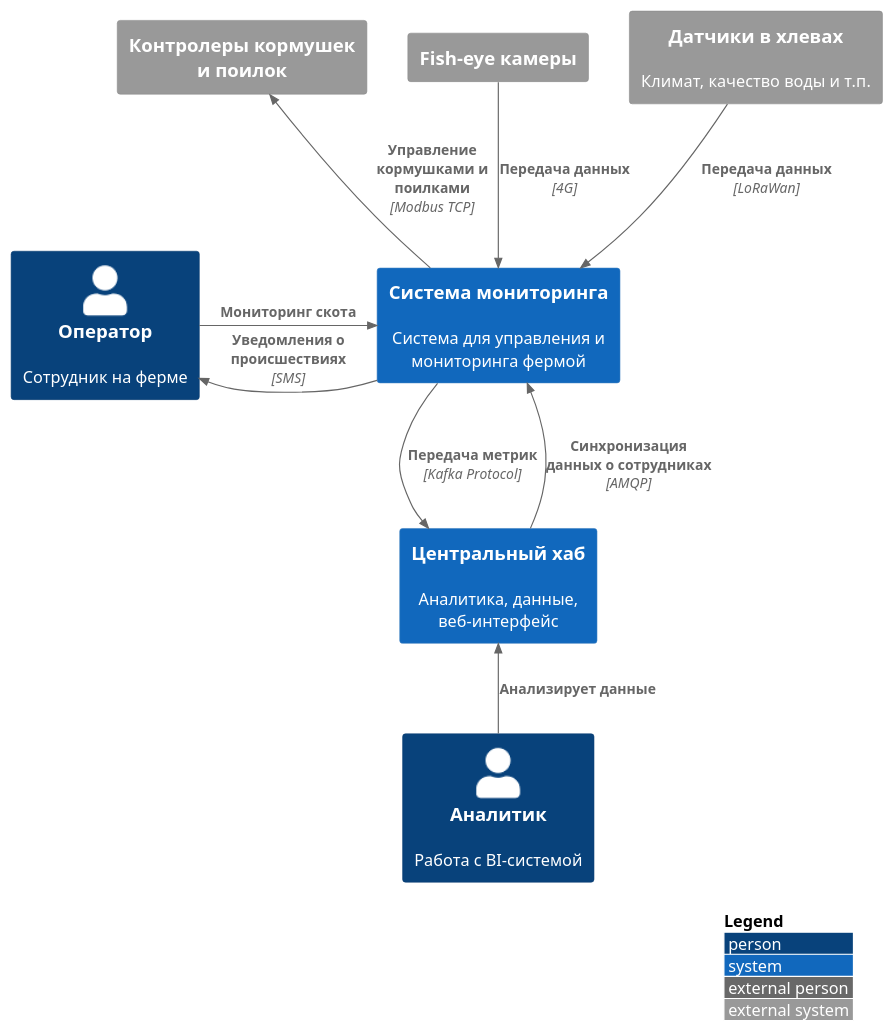
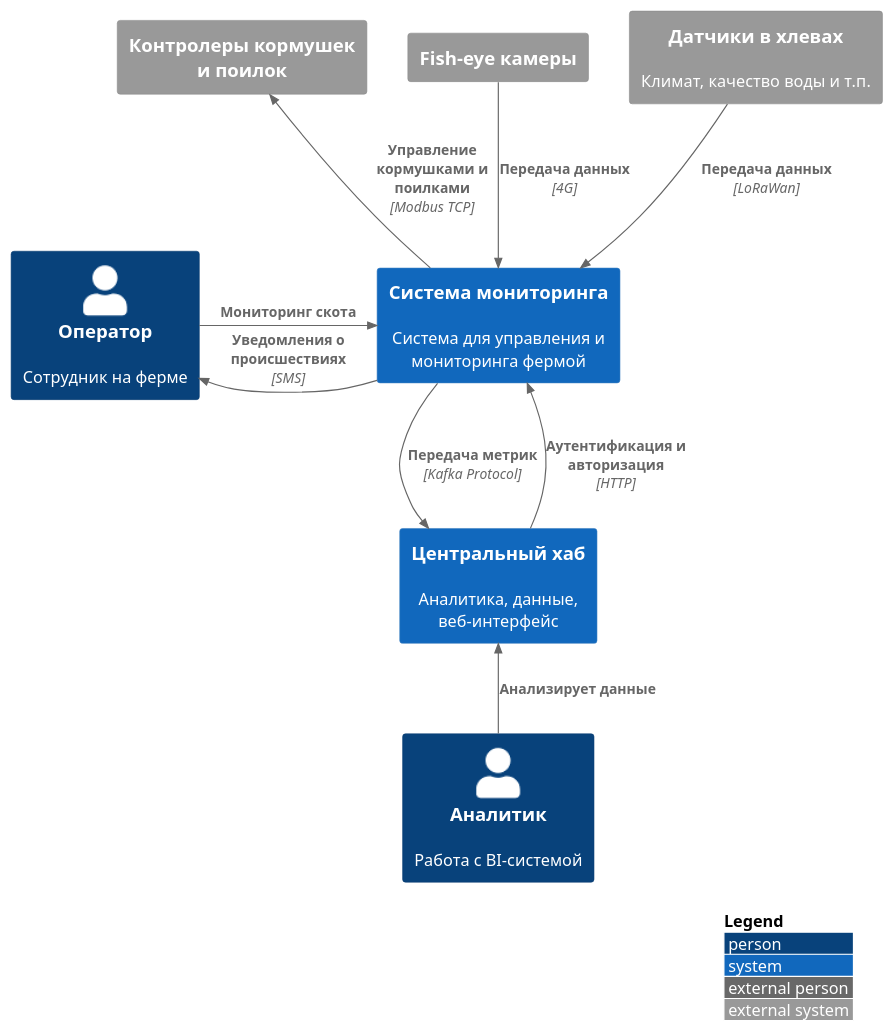
One commit to destonar/MSA-AgroTech changed the diagram in Task1/centralized-с1.puml. Above: the diagram before and after it, drawn with PlantUML. The commit also changed 2 other files, not shown here.

```diff
--- a/Task1/centralized-с1.puml
+++ b/Task1/centralized-с1.puml
@@ -1,28 +1,28 @@
 @startuml Agrotech Centralized System Context
 !include https://raw.githubusercontent.com/plantuml-stdlib/C4-PlantUML/master/C4_Context.puml
 
 Person(operator, "Оператор", "Сотрудник на ферме")
 Person(analytic, "Аналитик", "Работа с BI-системой")
 
 System_Ext(cameras, "Fish-eye камеры")
 System_Ext(sensors, "Датчики в хлевах", "Климат, качество воды и т.п.")
 System_Ext(controllers, "Контролеры кормушек и поилок")
 
 
 System(localService, "Система мониторинга", "Система для управления и мониторинга фермой")
 
 System(centralHub, "Центральный хаб", "Аналитика, данные, веб-интерфейс")
 
 Rel_D(cameras, localService, "Передача данных", "4G")
 Rel_D(sensors, localService, "Передача данных", "LoRaWan")
 Rel_U(localService, controllers, "Управление кормушками и поилками", "Modbus TCP")
 
 Rel_D(localService, centralHub, "Передача метрик", "Kafka Protocol")
-Rel_U(centralHub, localService, "Синхронизация данных о сотрудниках", "AMQP")
+Rel_U(centralHub, localService, "Аутентификация и авторизация", "HTTP")
 
 Rel_R(operator, localService, "Мониторинг скота")
 Rel_L(localService, operator, "Уведомления о происшествиях", "SMS")
 Rel_U(analytic, centralHub, "Анализирует данные")
 
 LAYOUT_WITH_LEGEND()
 @enduml
```
